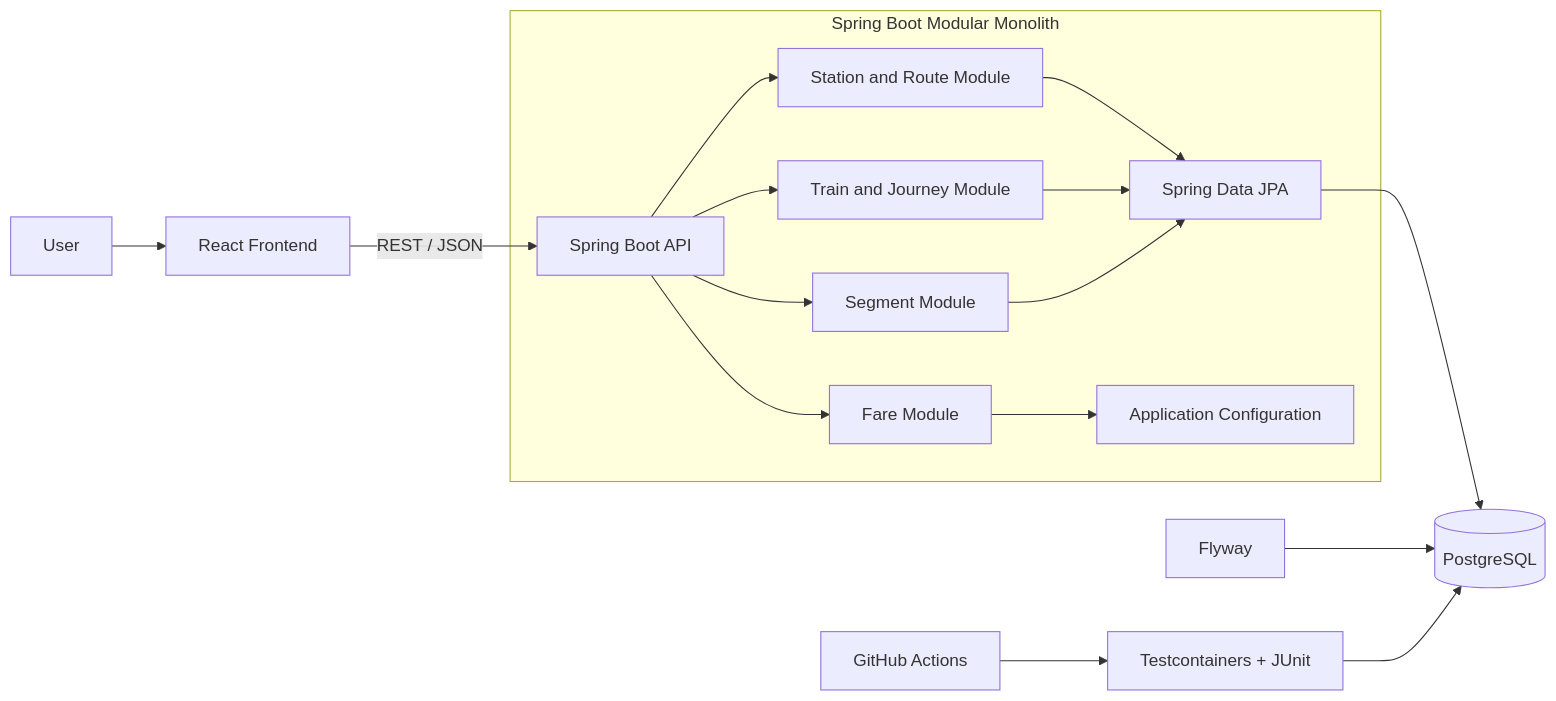
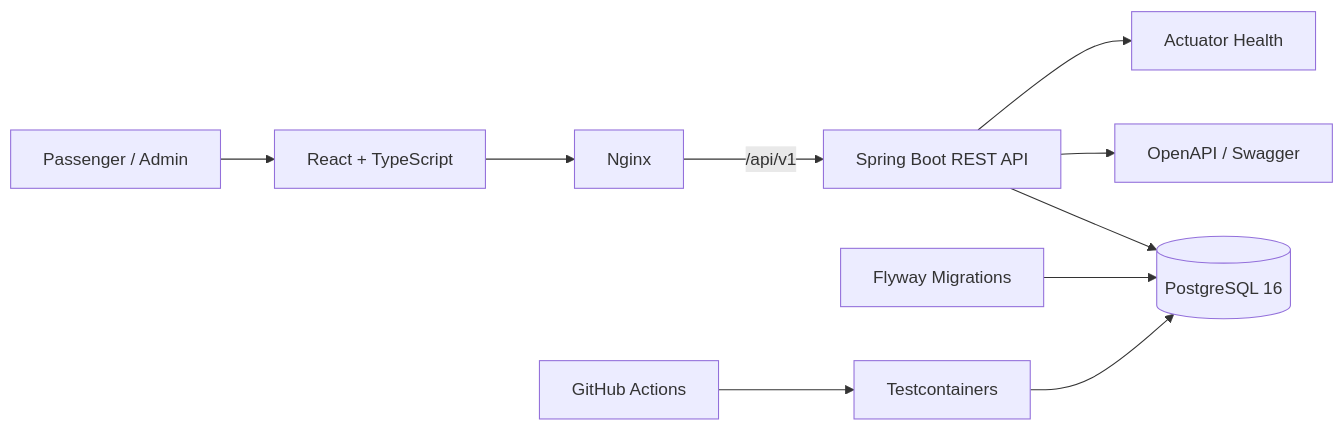
One commit to PraminthaFernando/IronBus changed the first of 8 diagrams in README.md. Above: the diagram before and after it, drawn with Mermaid. The commit also changed other lines of this file, not shown here.

````diff
--- a/README.md
+++ b/README.md
@@ -76,23 +364,23 @@
 ```mermaid
 flowchart LR
-    U[User] --> FE[React Frontend]
-    FE -->|REST / JSON| API[Spring Boot API]
+    Passenger[Passenger / Admin]
+    Browser[React + TypeScript]
+    Proxy[Nginx]
+    API[Spring Boot REST API]
+    DB[(PostgreSQL 16)]
+    Flyway[Flyway Migrations]
+    Swagger[OpenAPI / Swagger]
+    Health[Actuator Health]
+    CI[GitHub Actions]
+    TC[Testcontainers]
 
-    subgraph Backend[Spring Boot Modular Monolith]
-        API --> ST[Station and Route Module]
-        API --> TR[Train and Journey Module]
-        API --> SG[Segment Module]
-        API --> FR[Fare Module]
-
-        ST --> JPA[Spring Data JPA]
-        TR --> JPA
-        SG --> JPA
-        FR --> CFG[Application Configuration]
-    end
-
-    JPA --> DB[(PostgreSQL)]
-    FLY[Flyway] --> DB
-
-    TEST[Testcontainers + JUnit] --> DB
-    CI[GitHub Actions] --> TEST
+    Passenger --> Browser
+    Browser --> Proxy
+    Proxy -->|/api/v1| API
+    API --> DB
+    Flyway --> DB
+    API --> Swagger
+    API --> Health
+    CI --> TC
+    TC --> DB
 ```
````
